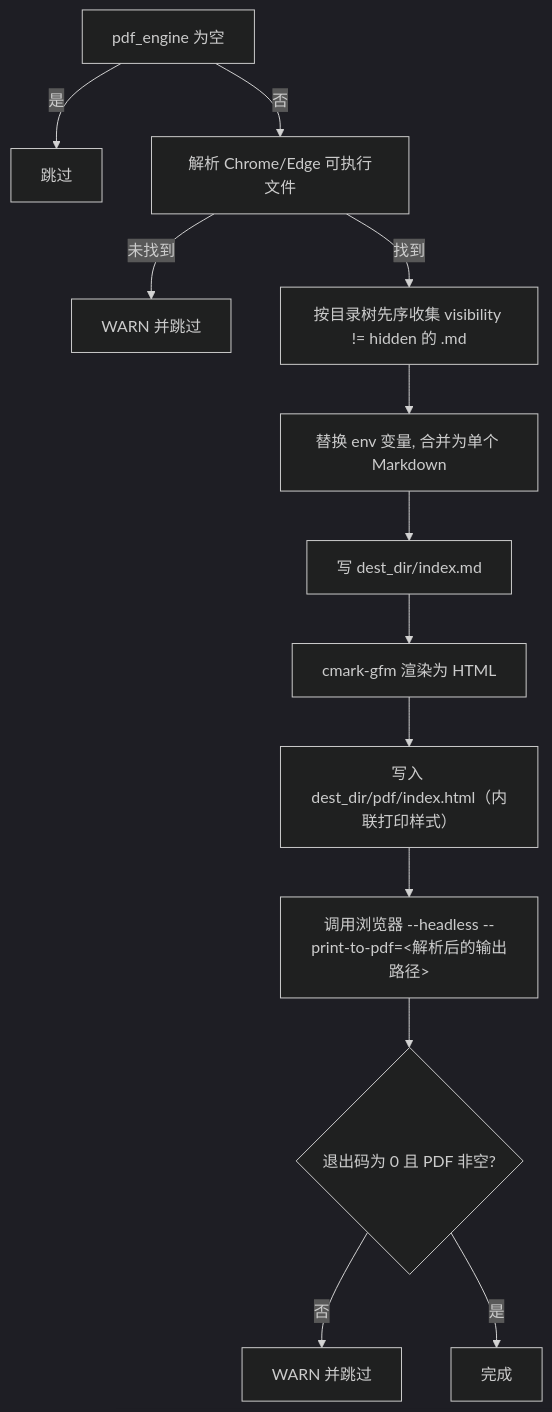
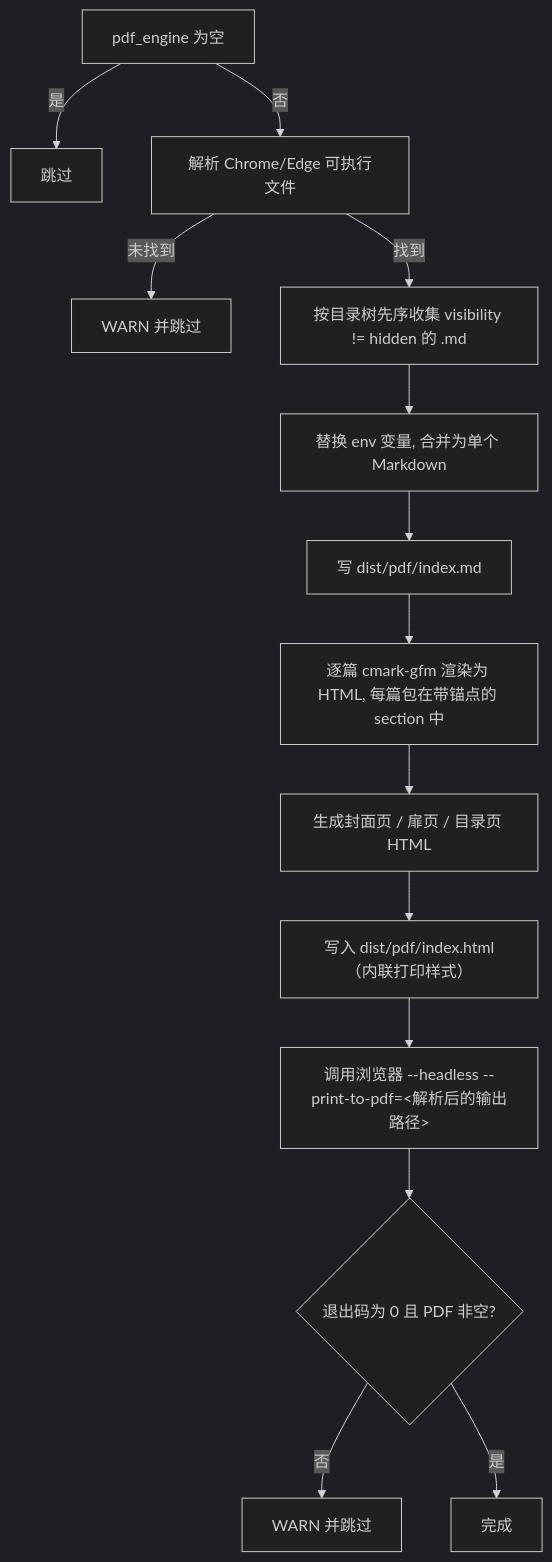
One commit to o8x/camus changed the second of 2 diagrams in docs/prd/06-output.md. Above: the diagram before and after it, drawn with Mermaid (dark theme). The commit also changed other lines of this file and 10 other files, not shown here.

````diff
--- a/docs/prd/06-output.md
+++ b/docs/prd/06-output.md
@@ -174,15 +176,16 @@
 ```mermaid
 flowchart TD
     A[pdf_engine 为空] -->|是| Z[跳过]
     A -->|否| B[解析 Chrome/Edge 可执行文件]
     B -->|未找到| W[WARN 并跳过]
     B -->|找到| C[按目录树先序收集 visibility != hidden 的 .md]
     C --> D[替换 env 变量, 合并为单个 Markdown]
-    D --> E[写 dest_dir/index.md]
-    E --> F[cmark-gfm 渲染为 HTML]
-    F --> G[写入 dest_dir/pdf/index.html（内联打印样式）]
-    G --> H[调用浏览器 --headless --print-to-pdf=<解析后的输出路径>]
-    H --> I{退出码为 0 且 PDF 非空?}
-    I -->|否| W2[WARN 并跳过]
-    I -->|是| J[完成]
+    D --> E[写 dist/pdf/index.md]
+    E --> F[逐篇 cmark-gfm 渲染为 HTML, 每篇包在带锚点的 section 中]
+    F --> G[生成封面页 / 扉页 / 目录页 HTML]
+    G --> H[写入 dist/pdf/index.html（内联打印样式）]
+    H --> I[调用浏览器 --headless --print-to-pdf=<解析后的输出路径>]
+    I --> J{退出码为 0 且 PDF 非空?}
+    J -->|否| W2[WARN 并跳过]
+    J -->|是| K[完成]
 ```
````
